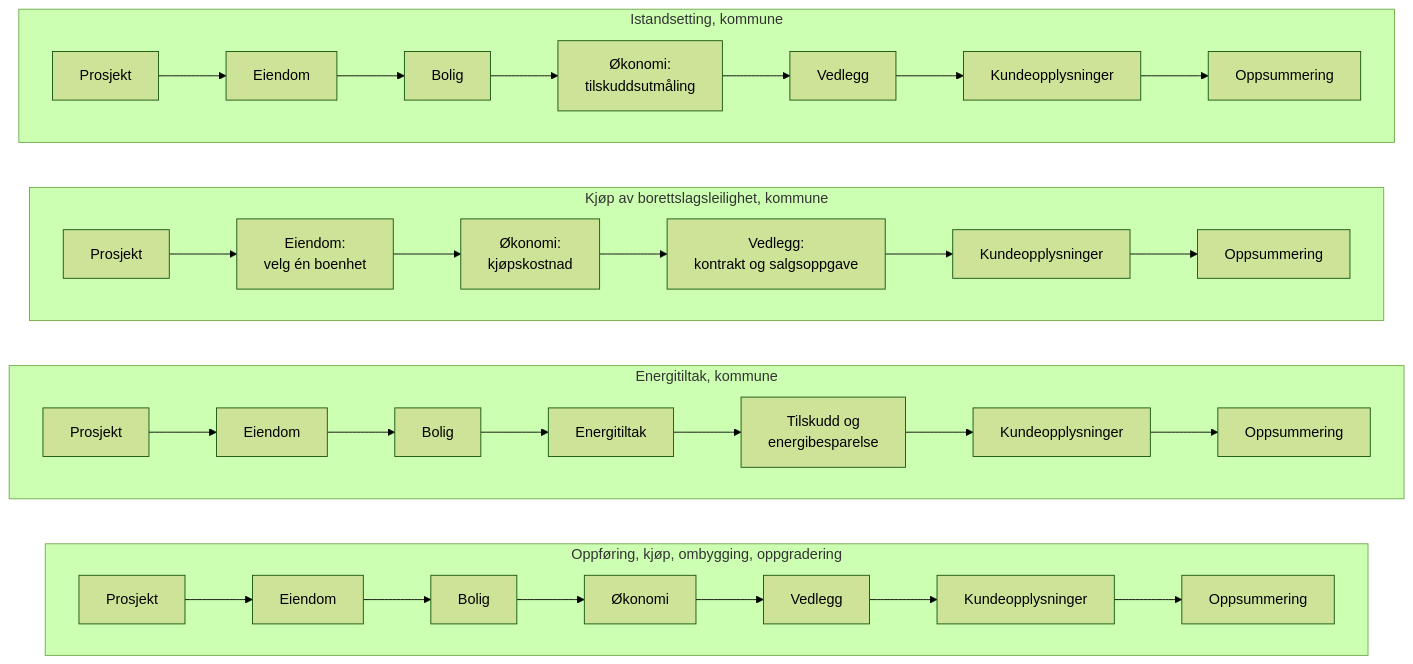
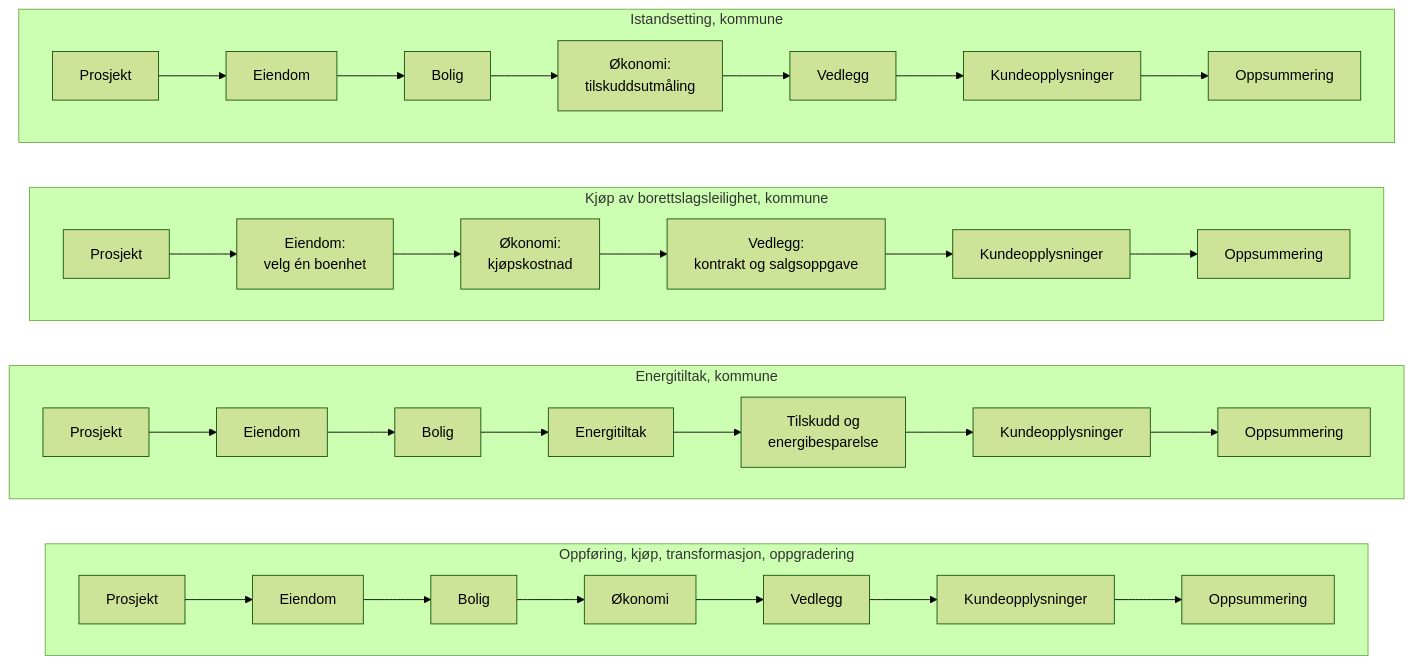
One commit to Pettersommerseth1994/husbanken changed the third of 6 diagrams in grunnlan-esoknad/FLYTER.md. Above: the diagram before and after it, drawn with Mermaid (forest theme). The commit also changed other lines of this file and 5 other files, not shown here.

````diff
--- a/grunnlan-esoknad/FLYTER.md
+++ b/grunnlan-esoknad/FLYTER.md
@@ -66,19 +66,19 @@
 ```mermaid
 flowchart LR
-  subgraph L[Oppføring, kjøp, ombygging, oppgradering]
+  subgraph L[Oppføring, kjøp, transformasjon, oppgradering]
     direction LR
     L1[Prosjekt] --> L2[Eiendom] --> L3[Bolig] --> L4[Økonomi] --> L5[Vedlegg] --> L6[Kundeopplysninger] --> L7[Oppsummering]
   end
   subgraph E[Energitiltak, kommune]
     direction LR
     E1[Prosjekt] --> E2[Eiendom] --> E3[Bolig] --> E4[Energitiltak] --> E5[Tilskudd og<br/>energibesparelse] --> E6[Kundeopplysninger] --> E7[Oppsummering]
   end
   subgraph B[Kjøp av borettslagsleilighet, kommune]
     direction LR
     B1[Prosjekt] --> B2[Eiendom:<br/>velg én boenhet] --> B3[Økonomi:<br/>kjøpskostnad] --> B4[Vedlegg:<br/>kontrakt og salgsoppgave] --> B5[Kundeopplysninger] --> B6[Oppsummering]
   end
   subgraph I[Istandsetting, kommune]
     direction LR
     I1[Prosjekt] --> I2[Eiendom] --> I3[Bolig] --> I4[Økonomi:<br/>tilskuddsutmåling] --> I5[Vedlegg] --> I6[Kundeopplysninger] --> I7[Oppsummering]
   end
 ```
````
